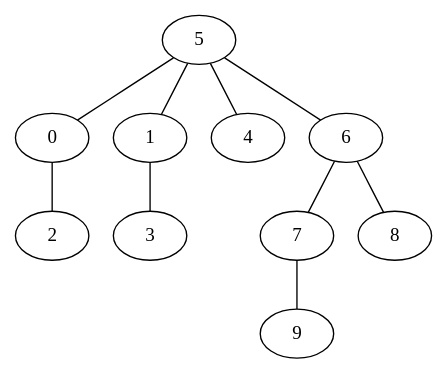
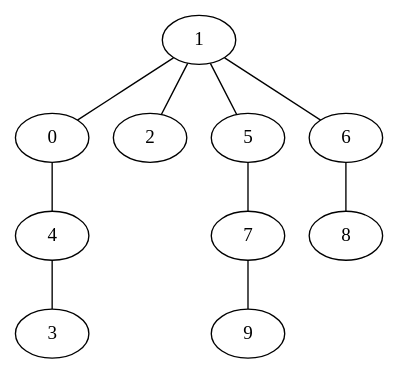
Before and after one commit to VillegasGG/moving-firefighter-problem-mirrored: the diagram in pygrapghviz.dot, drawn with Graphviz. The commit also changed 7 other files, not shown here.

```diff
--- a/pygrapghviz.dot
+++ b/pygrapghviz.dot
@@ -1,11 +1,11 @@
 strict graph "" {
-	5 -- 0;
-	5 -- 1;
-	5 -- 4;
-	5 -- 6;
-	0 -- 2;
-	1 -- 3;
-	6 -- 7;
+	1 -- 0;
+	1 -- 2;
+	1 -- 5;
+	1 -- 6;
+	0 -- 4;
+	5 -- 7;
 	6 -- 8;
 	7 -- 9;
+	4 -- 3;
 }
```
